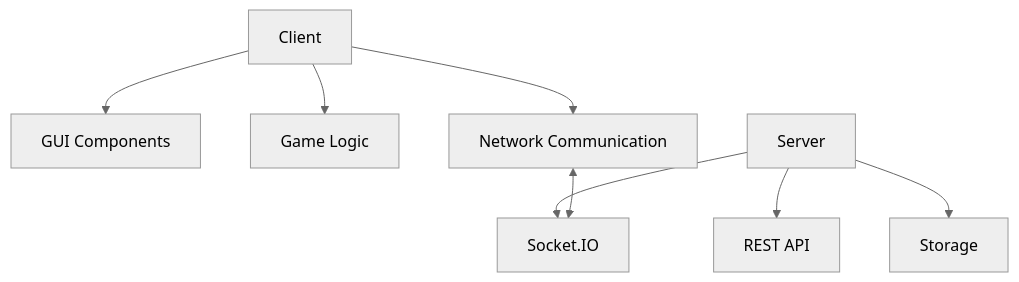
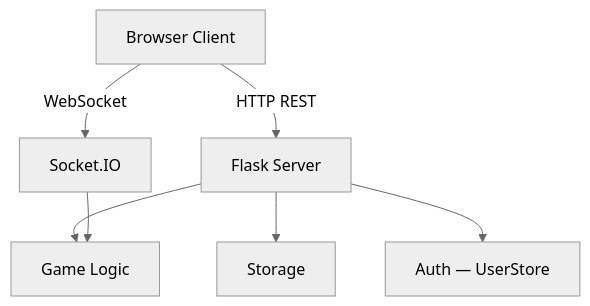
One commit to spherical-go/polyclash changed the first of 7 diagrams in docs/04_architecture.md. Above: the diagram before and after it, drawn with Mermaid (neutral theme). The commit also changed other lines of this file and 28 other files, not shown here.

First line of the commit message:
feat: team server mode — user accounts, lobby, board persistence, cloud deploy

````diff
--- a/docs/04_architecture.md
+++ b/docs/04_architecture.md
@@ -9,12 +9,11 @@
 ```mermaid
 graph TD
-    A[Client] --> B[GUI Components]
-    A --> C[Game Logic]
-    A --> D[Network Communication]
+    A[Browser Client] -->|HTTP REST| B[Flask Server]
+    A -->|WebSocket| C[Socket.IO]
 
-    E[Server] --> F[REST API]
-    E --> G[Socket.IO]
-    E --> H[Storage]
+    B --> D[Game Logic]
+    B --> E[Storage]
+    B --> F[Auth — UserStore]
 
-    D <--> G
+    C --> D
 ```
````
